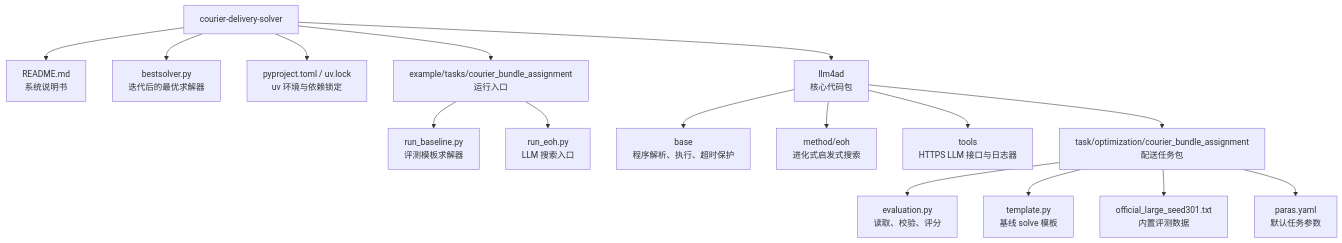
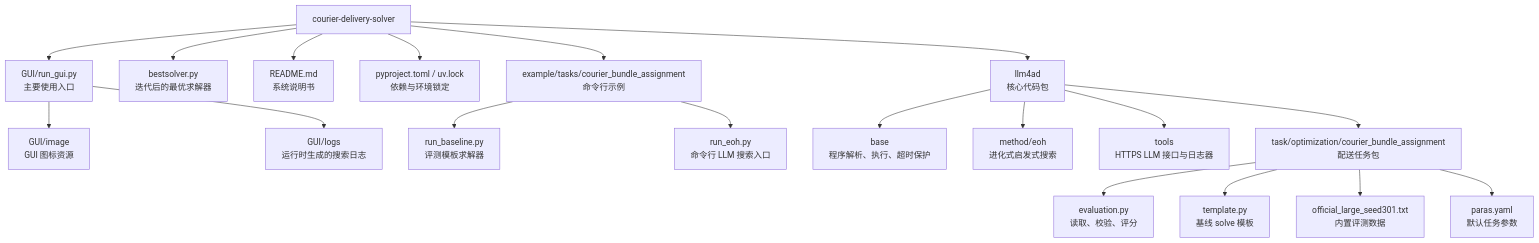
The first of 2 diagrams in README.md (tltltltltltltltl/courier-delivery-solver), drawn with Mermaid before and after one commit. The commit also changed other lines of this file and 9 other files, not shown here.

````diff
--- a/README.md
+++ b/README.md
@@ -73,21 +71,25 @@
 ```mermaid
 flowchart TD
-    Root["courier-delivery-solver"] --> Readme["README.md<br/>系统说明书"]
+    Root["courier-delivery-solver"] --> Gui["GUI/run_gui.py<br/>主要使用入口"]
     Root --> Best["bestsolver.py<br/>迭代后的最优求解器"]
-    Root --> Project["pyproject.toml / uv.lock<br/>uv 环境与依赖锁定"]
-    Root --> Examples["example/tasks/courier_bundle_assignment<br/>运行入口"]
+    Root --> Readme["README.md<br/>系统说明书"]
+    Root --> Project["pyproject.toml / uv.lock<br/>依赖与环境锁定"]
+    Root --> Examples["example/tasks/courier_bundle_assignment<br/>命令行示例"]
     Root --> Package["llm4ad<br/>核心代码包"]
 
+    Gui --> GuiImages["GUI/image<br/>GUI 图标资源"]
+    Gui --> GuiLogs["GUI/logs<br/>运行时生成的搜索日志"]
+
     Examples --> Baseline["run_baseline.py<br/>评测模板求解器"]
-    Examples --> EohRun["run_eoh.py<br/>LLM 搜索入口"]
+    Examples --> EohRun["run_eoh.py<br/>命令行 LLM 搜索入口"]
 
     Package --> Base["base<br/>程序解析、执行、超时保护"]
     Package --> Method["method/eoh<br/>进化式启发式搜索"]
     Package --> Tools["tools<br/>HTTPS LLM 接口与日志器"]
     Package --> Task["task/optimization/courier_bundle_assignment<br/>配送任务包"]
 
     Task --> Eval["evaluation.py<br/>读取、校验、评分"]
     Task --> Template["template.py<br/>基线 solve 模板"]
     Task --> Data["official_large_seed301.txt<br/>内置评测数据"]
     Task --> Paras["paras.yaml<br/>默认任务参数"]
 ```
````
